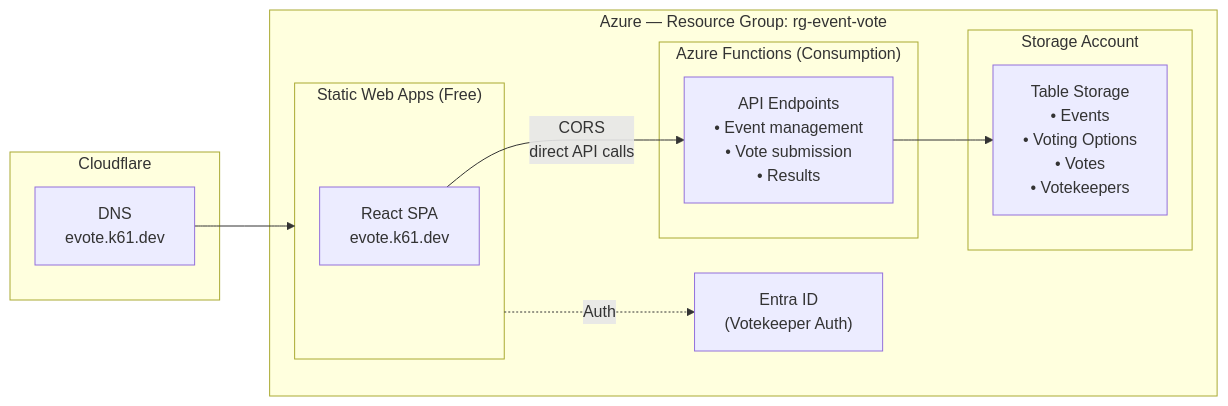
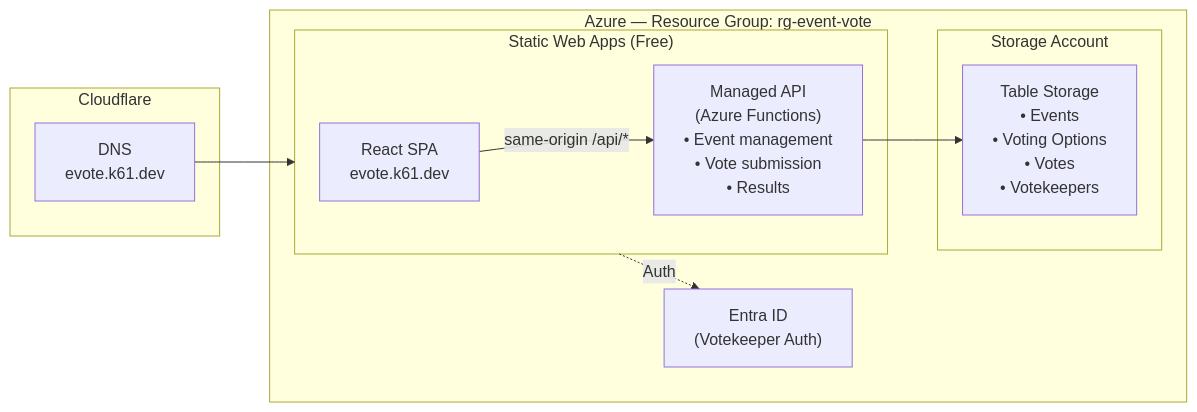
The diagram in docs/plan.md (kurtzeborn/event-vote), drawn with Mermaid before and after one commit. The commit also changed other lines of this file and 4 other files, not shown here.

Commit message:
Cleanup: fix duplicate SWA config key, update docs for managed API, simplify auth redirects, remove dead .gitignore entry and leftover deploy.zip

````diff
--- a/docs/plan.md
+++ b/docs/plan.md
@@ -146,27 +146,24 @@
 ```mermaid
 flowchart LR
     subgraph Cloudflare
         DNS["DNS<br/>evote.k61.dev"]
     end
     
     subgraph Azure["Azure &mdash; Resource Group: rg-event-vote"]
         subgraph SWA["Static Web Apps (Free)"]
             SPA["React SPA<br/>evote.k61.dev"]
-        end
-        
-        subgraph Functions["Azure Functions (Consumption)"]
-            API["API Endpoints<br/>• Event management<br/>• Vote submission<br/>• Results"]
+            API["Managed API<br/>(Azure Functions)<br/>• Event management<br/>• Vote submission<br/>• Results"]
         end
         
         subgraph Storage["Storage Account"]
             Tables["Table Storage<br/>• Events<br/>• Voting Options<br/>• Votes<br/>• Votekeepers"]
         end
         
         EntraID["Entra ID<br/>(Votekeeper Auth)"]
     end
     
     DNS --> SWA
-    SPA -->|"CORS<br/>direct API calls"| API
+    SPA -->|"same-origin /api/*"| API
     SWA -.->|"Auth"| EntraID
     API --> Tables
 ```
````
